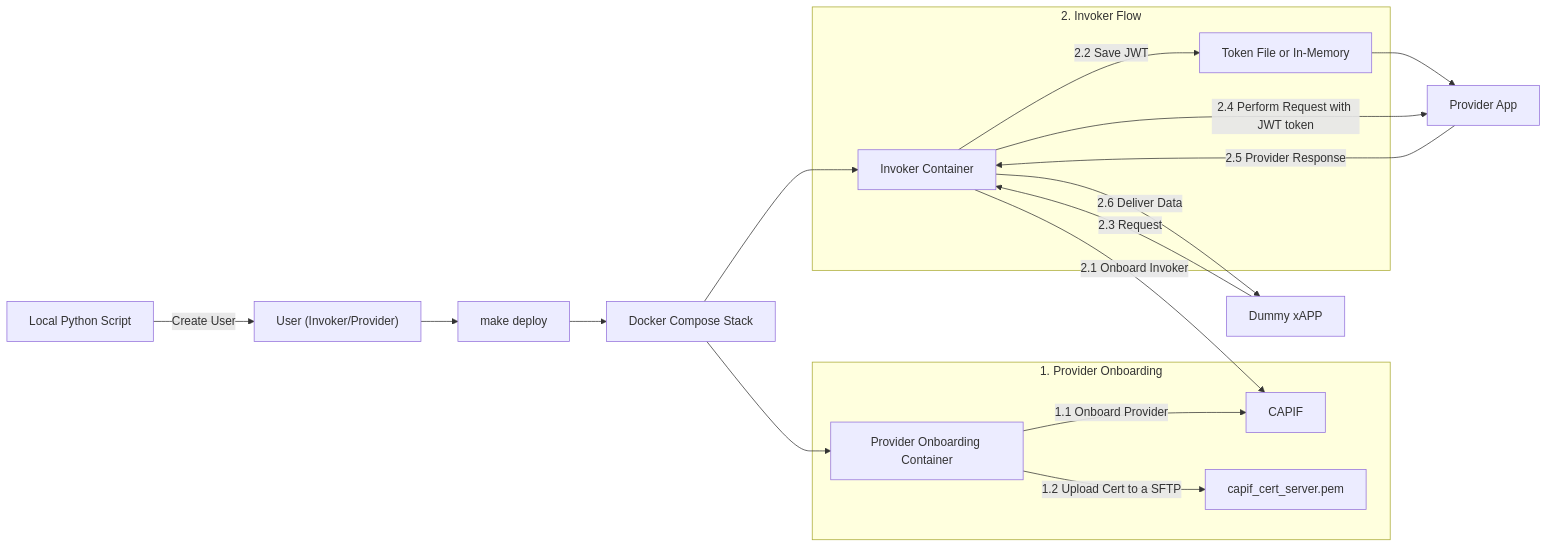
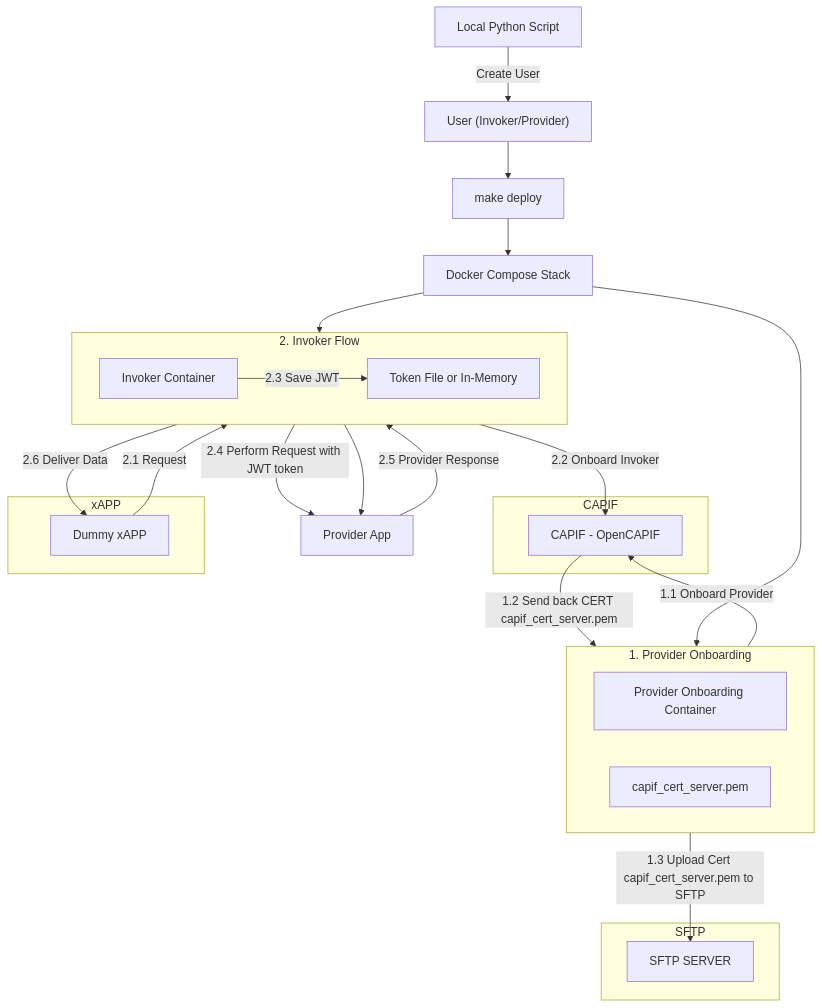
The second of 2 diagrams in README.md (FRONT-research-group/ocf-net-app-integration), drawn with Mermaid before and after one commit. The commit also changed other lines of this file, not shown here.

````diff
--- a/README.md
+++ b/README.md
@@ -162,35 +202,55 @@
 ```mermaid
-flowchart LR
+flowchart TD
     %% User creation
     A[Local Python Script] -->|Create User| B["User (Invoker/Provider)"]
     B --> C[make deploy]
 
     %% Deployment stack
     C --> D[Docker Compose Stack]
 
-    %% Provider onboarding
+    %% Independent CAPIF and xAPP
+    subgraph CAPIFBlock [CAPIF]
+        F[CAPIF - OpenCAPIF]
+    end
+    subgraph xAPPBlock [xAPP]
+        K[Dummy xAPP]
+    end
+    subgraph SFTPBlock [SFTP]
+        Z[SFTP SERVER]
+    end
+
+    %% Provider onboarding (top container)
     subgraph Onboarding [1. Provider Onboarding]
-        E[Provider Onboarding Container] -->|1.1 Onboard Provider| F[CAPIF]
-        E -->|1.2 Upload Cert to a SFTP| G[capif_cert_server.pem]
+        direction LR
+        E[Provider Onboarding Container]
+        G[capif_cert_server.pem]
+        E -->|1.3 Upload Cert capif_cert_server.pem to SFTP| Z
+        E -->|1.1 Onboard Provider| F
+        F -->|1.2 Send back CERT capif_cert_server.pem| E
+    end
+
+    %% Invoker onboarding (bottom container)
+    subgraph Invoker [2. Invoker Flow]
+        direction LR
+        H[Invoker Container]
+        I[Token File or In-Memory]
+        H -->|2.2 Onboard Invoker| F
+        H -->|2.3 Save JWT| I     
     end
 
     %% Independent Provider App
     J[Provider App]
 
-    %% Invoker onboarding
-    subgraph Invoker [2. Invoker Flow]
-        H[Invoker Container] -->|2.1 Onboard Invoker| F
-        H -->|2.2 Save JWT| I[Token File or In-Memory]     
-    end
+    %% Connections from deployment
+    D --> Onboarding
+    D --> Invoker
 
-    I --> J
-
-    D --> E
-    D --> H
-
-    %% xApp interaction
-    K[Dummy xAPP] -->|2.3 Request| H
+    %% xAPP interaction (separate horizontal flow)
+    K -->|2.1 Request| H
     H -->|2.4 Perform Request with JWT token| J
     J -->|2.5 Provider Response| H
     H -->|2.6 Deliver Data| K
+    I --> J
+
+
 ```
````
